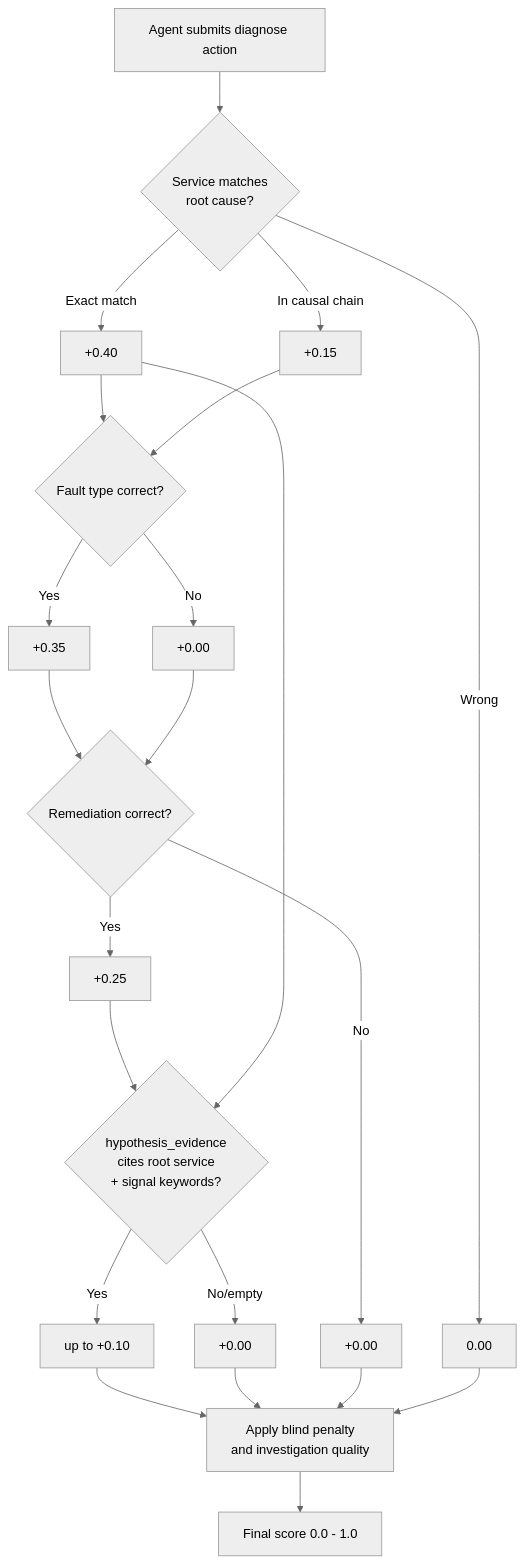
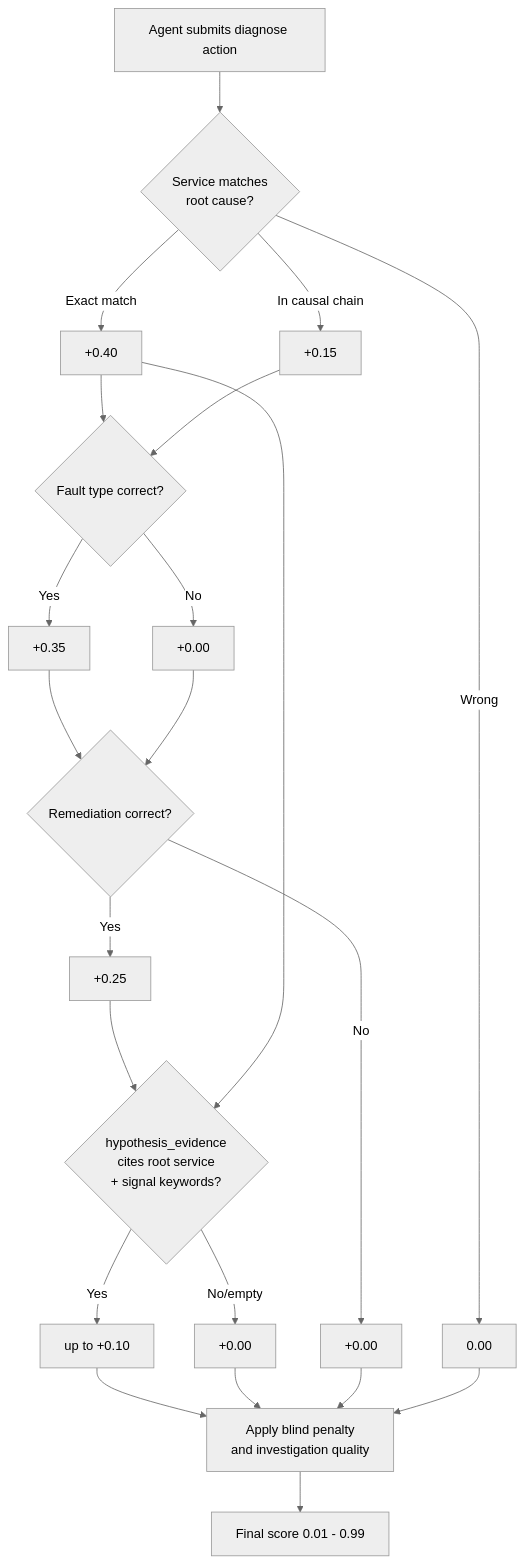
The sixth of 7 diagrams in docs/ARCHITECTURE.md (wildcraft958/incident_triage_env), drawn with Mermaid (neutral theme) before and after one commit. The commit also changed other lines of this file and 3 other files, not shown here.

````diff
--- a/docs/ARCHITECTURE.md
+++ b/docs/ARCHITECTURE.md
@@ -167,28 +167,28 @@
 ```mermaid
 flowchart TD
     A["Agent submits diagnose action"] --> B{"Service matches\nroot cause?"}
     B -->|"Exact match"| C["+0.40"]
     B -->|"In causal chain"| D["+0.15"]
     B -->|"Wrong"| E["0.00"]
 
     C --> F{"Fault type correct?"}
     D --> F
     F -->|"Yes"| G["+0.35"]
     F -->|"No"| H["+0.00"]
 
     G --> I{"Remediation correct?"}
     H --> I
     I -->|"Yes"| J["+0.25"]
     I -->|"No"| K["+0.00"]
 
     J --> EV{"hypothesis_evidence\ncites root service\n+ signal keywords?"}
     C --> EV
     EV -->|"Yes"| EVB["up to +0.10"]
     EV -->|"No/empty"| EVN["+0.00"]
 
     EVB --> P["Apply blind penalty\nand investigation quality"]
     EVN --> P
     K --> P
     E --> P
-    P --> O["Final score 0.0 - 1.0"]
+    P --> O["Final score 0.01 - 0.99"]
 ```
````
